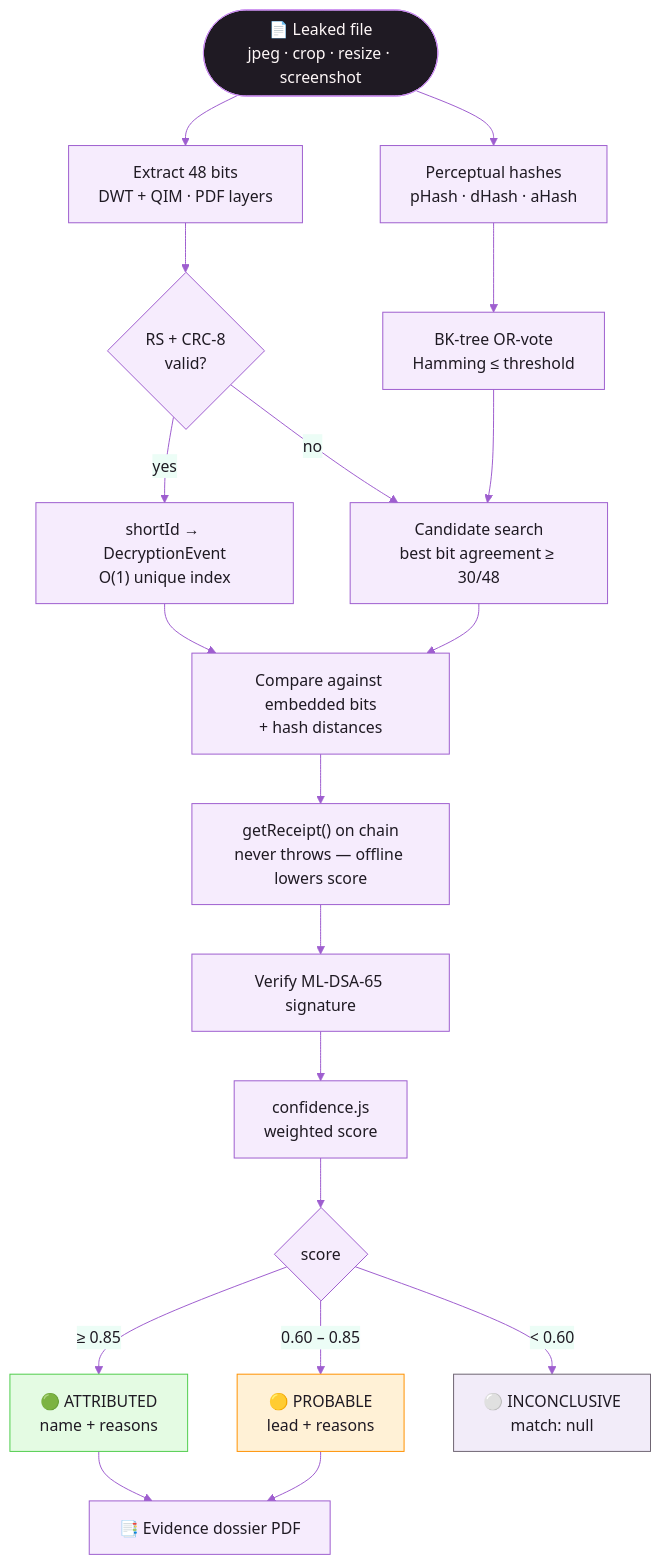
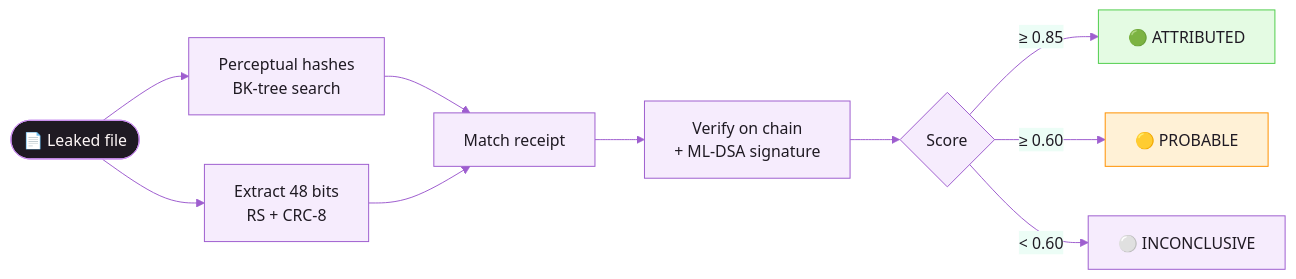
Before and after one commit to TIRTHPATEL3086/idex_trinetra: the second of 3 diagrams in README.md, drawn with Mermaid. The commit also changed other lines of this file, not shown here.

````diff
--- a/README.md
+++ b/README.md
@@ -208,36 +47,16 @@
 ```mermaid
 %%{init: {'theme':'base','themeVariables':{'fontFamily':'Inter, Segoe UI, sans-serif','primaryColor':'#f6ecfd','primaryBorderColor':'#9e5ecf','primaryTextColor':'#1f1a23','lineColor':'#9e5ecf'}}}%%
-flowchart TD
-    L(["📄 Leaked file<br/>jpeg · crop · resize · screenshot"]) --> H["Perceptual hashes<br/>pHash · dHash · aHash"]
-    L --> X["Extract 48 bits<br/>DWT + QIM · PDF layers"]
-
-    H --> BK["BK-tree OR-vote<br/>Hamming ≤ threshold"]
-    X --> RS{"RS + CRC-8<br/>valid?"}
-
-    RS -- yes --> SID["shortId → DecryptionEvent<br/>O(1) unique index"]
-    RS -- no --> CAND["Candidate search<br/>best bit agreement ≥ 30/48"]
-    BK --> CAND
-    SID --> CMP
-    CAND --> CMP["Compare against embedded bits<br/>+ hash distances"]
-
-    CMP --> CHN["getReceipt() on chain<br/>never throws — offline lowers score"]
-    CHN --> SIG["Verify ML-DSA-65 signature"]
-    SIG --> SC["confidence.js<br/>weighted score"]
-
-    SC --> V{"score"}
-    V -- "≥ 0.85" --> AT["🟢 ATTRIBUTED<br/>name + reasons"]
-    V -- "0.60 – 0.85" --> PR["🟡 PROBABLE<br/>lead + reasons"]
-    V -- "< 0.60" --> IN["⚪ INCONCLUSIVE<br/>match: null"]
-
-    AT --> DOS["📑 Evidence dossier PDF"]
-    PR --> DOS
-
+flowchart LR
+    L(["📄 Leaked file"]) --> H["Perceptual hashes<br/>BK-tree search"]
+    L --> X["Extract 48 bits<br/>RS + CRC-8"]
+    H & X --> M["Match receipt"] --> C["Verify on chain<br/>+ ML-DSA signature"] --> S{"Score"}
+    S -- "≥ 0.85" --> A["🟢 ATTRIBUTED"]
+    S -- "≥ 0.60" --> P["🟡 PROBABLE"]
+    S -- "< 0.60" --> I["⚪ INCONCLUSIVE"]
     classDef ok fill:#e4fbe3,stroke:#4fcd4c,color:#1f1a23
     classDef mid fill:#fff1d6,stroke:#ff9100,color:#1f1a23
-    classDef no fill:#f2ecf9,stroke:#6e6472,color:#1f1a23
     classDef src fill:#1f1a23,stroke:#cc91f0,color:#fff8f8
-    class AT ok
-    class PR mid
-    class IN no
+    class A ok
+    class P mid
     class L src
 ```
````
